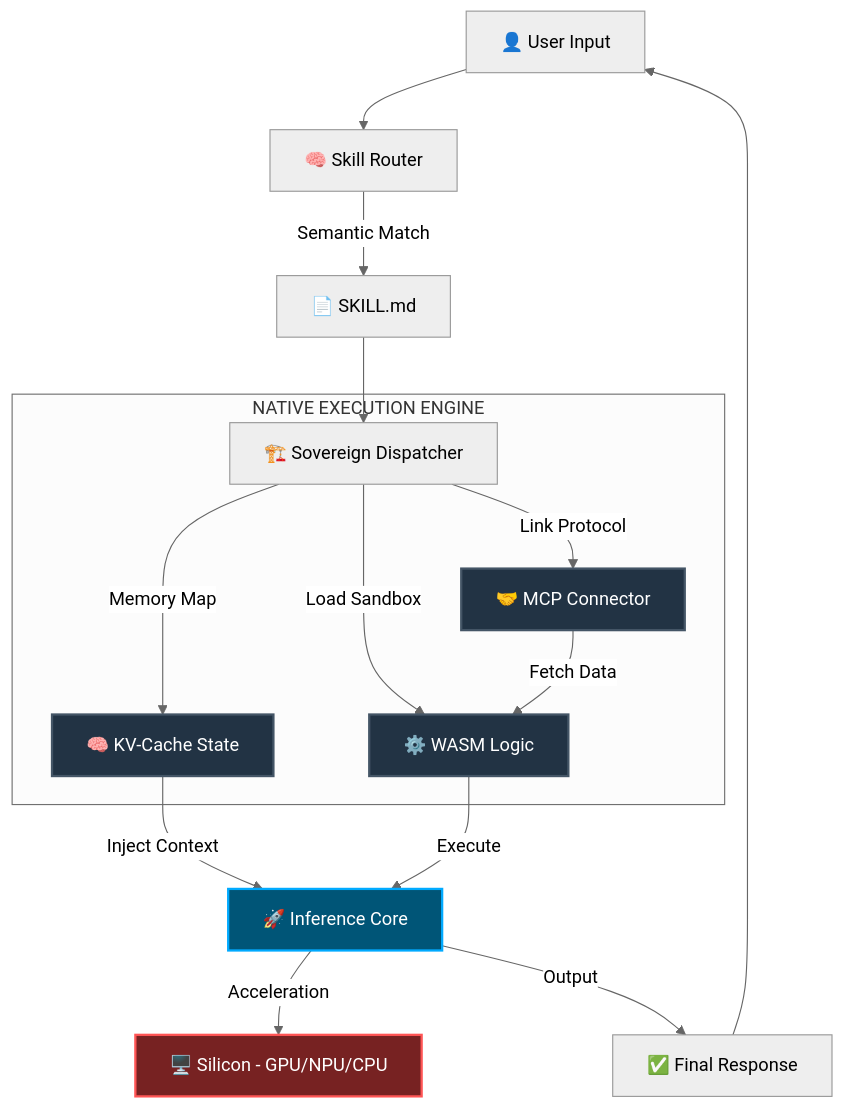
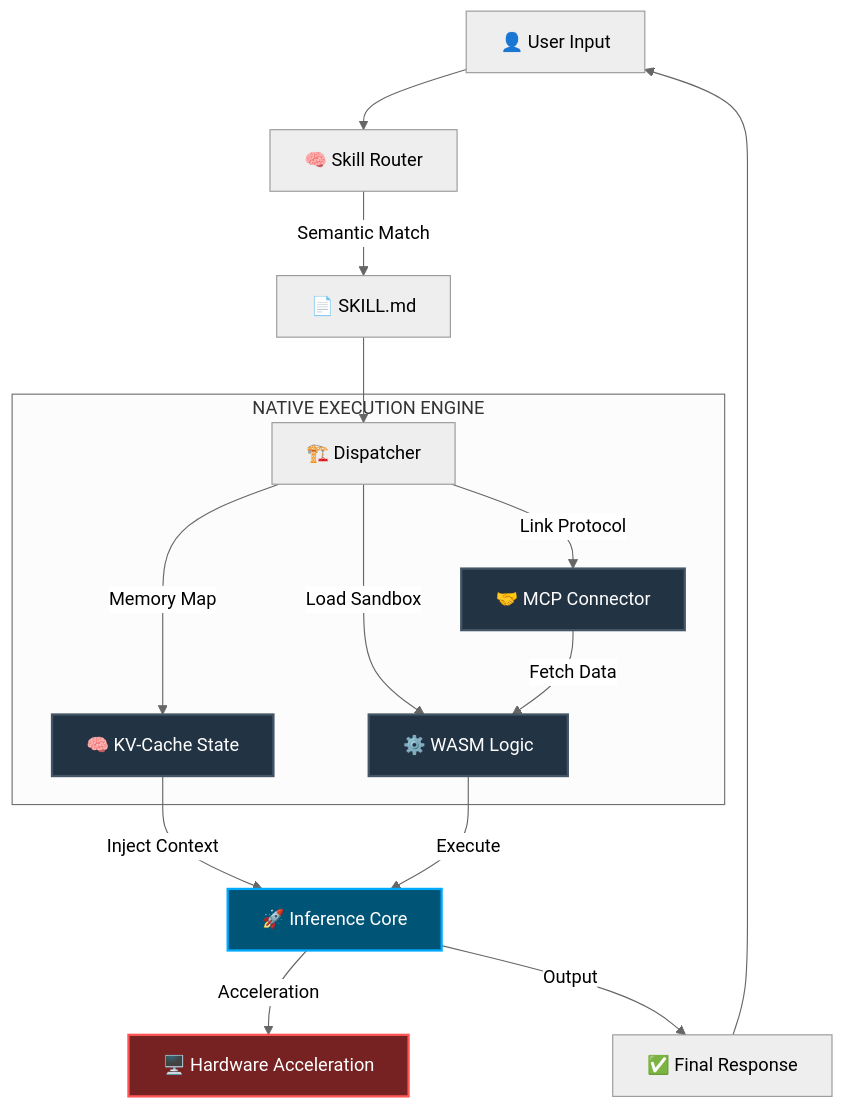
Before and after one commit to cluaiz/cluaiz-hub: the diagram in README.md, drawn with Mermaid (neutral theme). The commit also changed other lines of this file and 14 other files, not shown here.

````diff
--- a/README.md
+++ b/README.md
@@ -69,28 +68,28 @@
 ```mermaid
 graph TD
     U["👤 User Input"] --> B["🧠 Skill Router"]
     B -->|Semantic Match| R["📄 SKILL.md"]
 
-    R --> NF["🏗️ Sovereign Dispatcher"]
+    R --> NF["🏗️ Dispatcher"]
 
     subgraph "NATIVE EXECUTION ENGINE"
         NF -->|Memory Map| S["🧠 KV-Cache State"]
         NF -->|Load Sandbox| BD["⚙️ WASM Logic"]
         NF -->|Link Protocol| H["🤝 MCP Connector"]
     end
 
     S -->|Inject Context| K["🚀 Inference Core"]
-    K -->|Acceleration| HW["🖥️ Silicon - GPU/NPU/CPU"]
+    K -->|Acceleration| HW["🖥️ Hardware Acceleration"]
 
     BD -->|Execute| K
     H -->|Fetch Data| BD
 
     K -->|Output| OUT["✅ Final Response"]
     OUT --> U
 
     style S fill:#223344,color:#fff,stroke:#445566,stroke-width:2px
     style BD fill:#223344,color:#fff,stroke:#445566,stroke-width:2px
     style H fill:#223344,color:#fff,stroke:#445566,stroke-width:2px
     style K fill:#005577,color:#fff,stroke:#00aaff,stroke-width:2px
     style HW fill:#772222,color:#fff,stroke:#ff5555,stroke-width:2px
 ```
````
